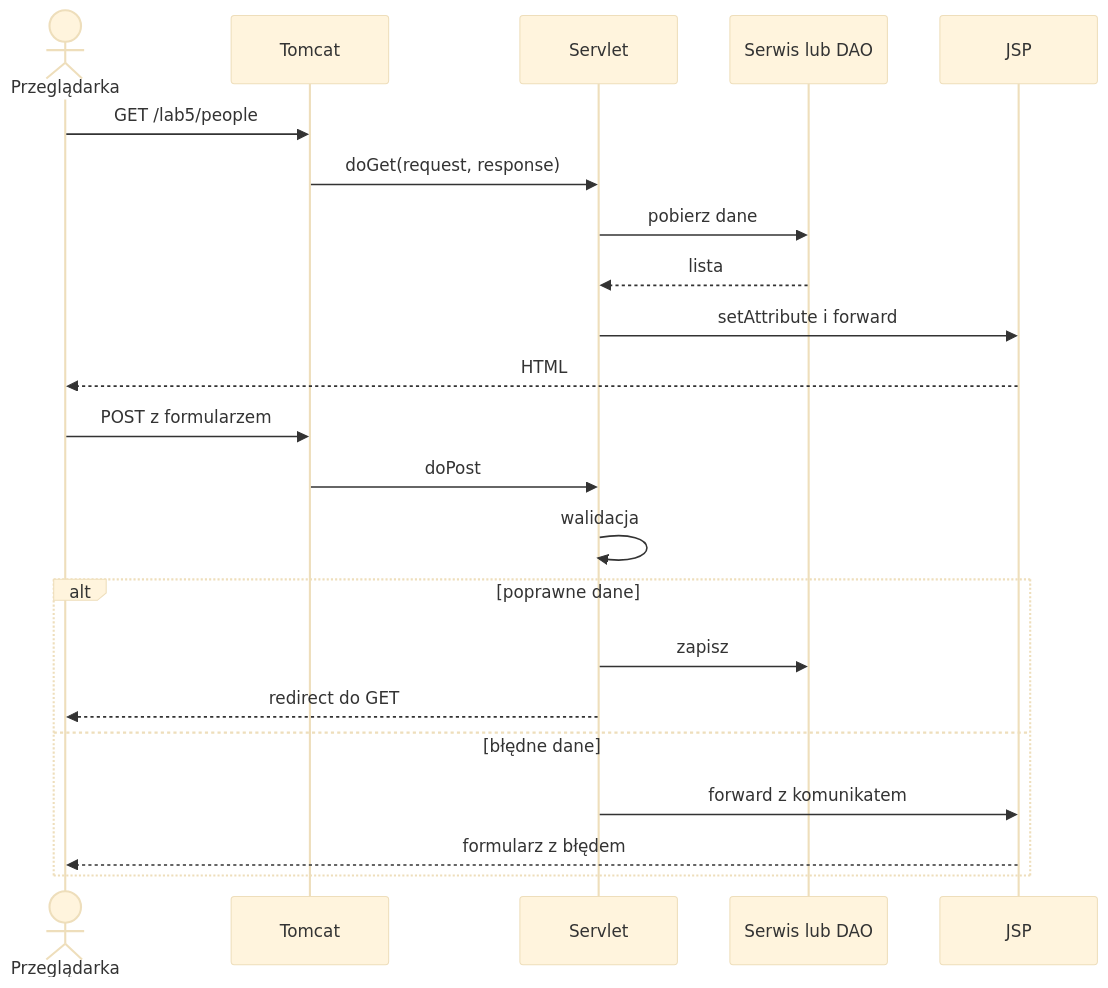
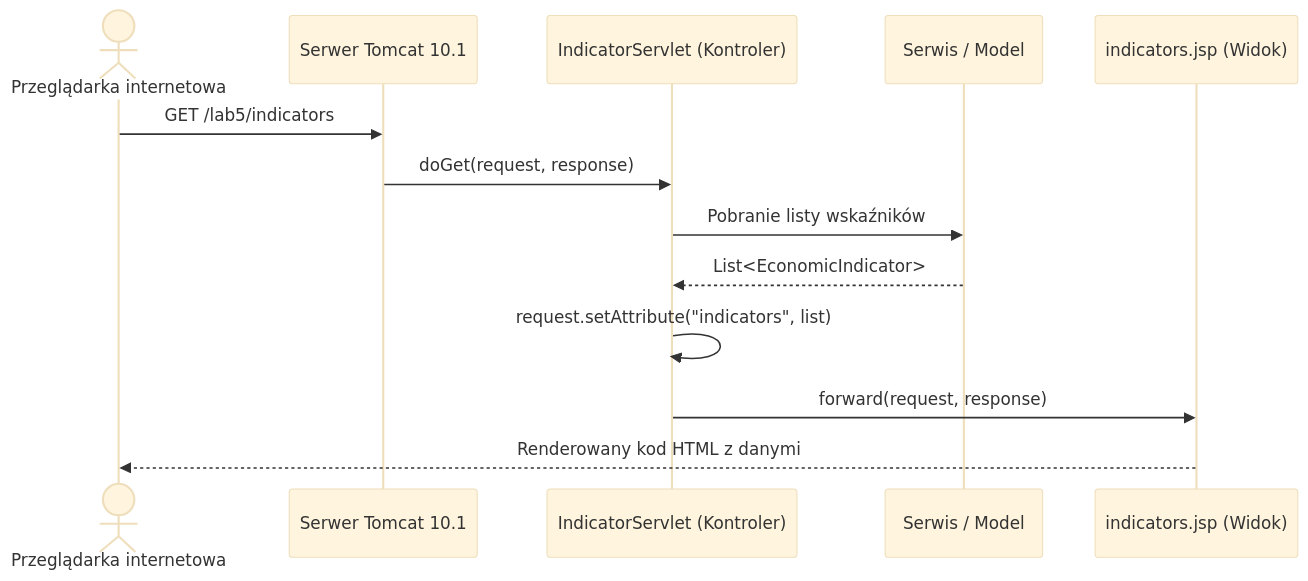
The first of 2 diagrams in 2026-2027/lab5/README.md (wgalka/PO2-Java), drawn with Mermaid (base theme) before and after one commit. The commit also changed other lines of this file and 64 other files, not shown here.

````diff
--- a/2026-2027/lab5/README.md
+++ b/2026-2027/lab5/README.md
@@ -150,24 +114,15 @@
 ```mermaid
 sequenceDiagram
-    actor U as Przeglądarka
-    participant T as Tomcat
-    participant C as Servlet
-    participant S as Serwis lub DAO
-    participant J as JSP
-    U->>T: GET /lab5/people
-    T->>C: doGet(request, response)
-    C->>S: pobierz dane
-    S-->>C: lista
-    C->>J: setAttribute i forward
-    J-->>U: HTML
-    U->>T: POST z formularzem
-    T->>C: doPost
-    C->>C: walidacja
-    alt poprawne dane
-        C->>S: zapisz
-        C-->>U: redirect do GET
-    else błędne dane
-        C->>J: forward z komunikatem
-        J-->>U: formularz z błędem
-    end
+    actor U as Przeglądarka internetowa
+    participant T as Serwer Tomcat 10.1
+    participant S as IndicatorServlet (Kontroler)
+    participant M as Serwis / Model
+    participant J as indicators.jsp (Widok)
+    U->>T: GET /lab5/indicators
+    T->>S: doGet(request, response)
+    S->>M: Pobranie listy wskaźników
+    M-->>S: List<EconomicIndicator>
+    S->>S: request.setAttribute("indicators", list)
+    S->>J: forward(request, response)
+    J-->>U: Renderowany kod HTML z danymi
 ```
````
